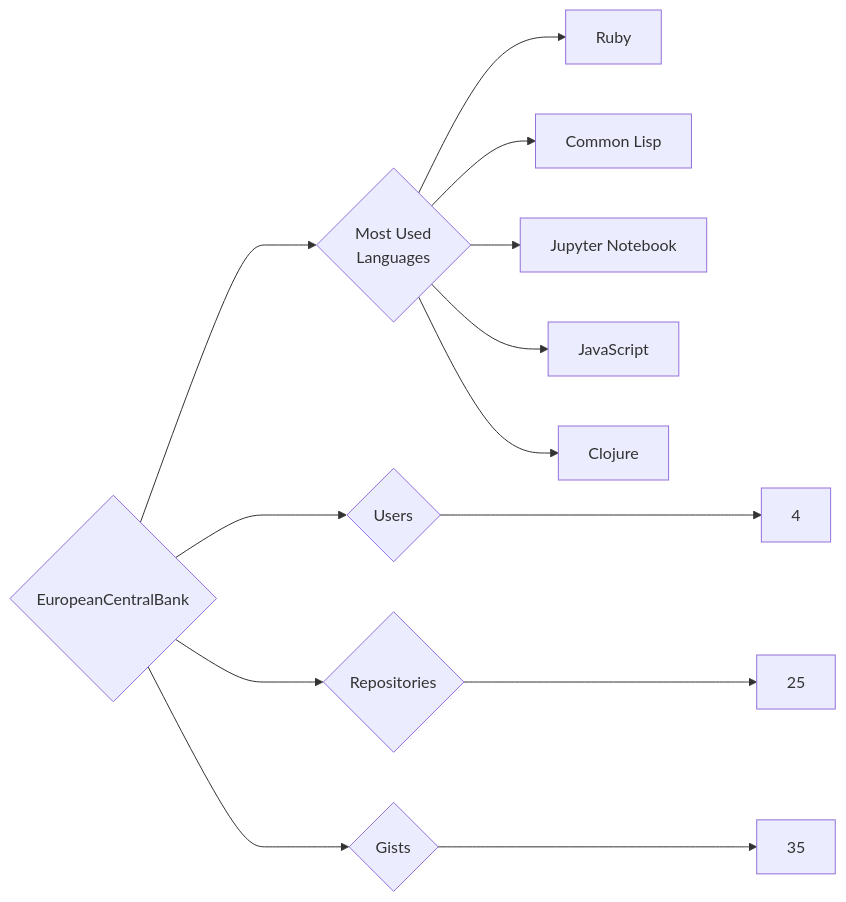
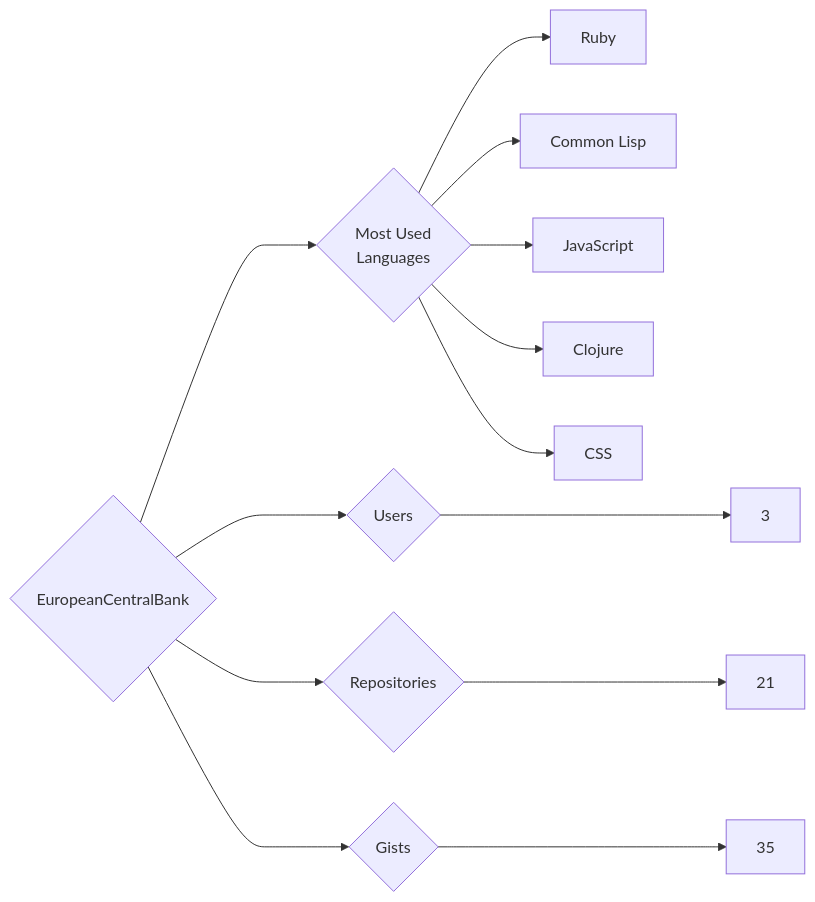
Before and after one commit to trickest/insiders: the diagram in targets/EuropeanCentralBank/README.md, drawn with Mermaid. The commit also changed 1167 other files, not shown here.

````diff
--- a/targets/EuropeanCentralBank/README.md
+++ b/targets/EuropeanCentralBank/README.md
@@ -3,13 +3,13 @@
 ```mermaid
 graph LR
 COMPANY_NAME{EuropeanCentralBank}
-COMPANY_NAME ---> U{Users} ---> UN[4]
-COMPANY_NAME ---> R{Repositories} ---> RN[25]
+COMPANY_NAME ---> U{Users} ---> UN[3]
+COMPANY_NAME ---> R{Repositories} ---> RN[21]
 COMPANY_NAME ---> G{Gists} ---> GN[35]
 COMPANY_NAME ---> ML{Most Used<br>Languages}
 ML --> Ruby[Ruby]
 ML --> Common_Lisp[Common Lisp]
-ML --> Jupyter_Notebook[Jupyter Notebook]
 ML --> JavaScript[JavaScript]
 ML --> Clojure[Clojure]
+ML --> CSS[CSS]
 ```
````
